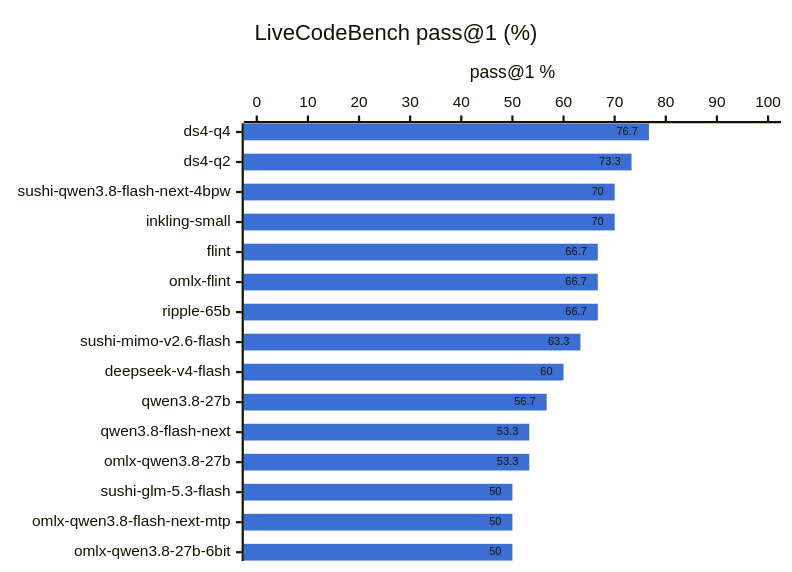
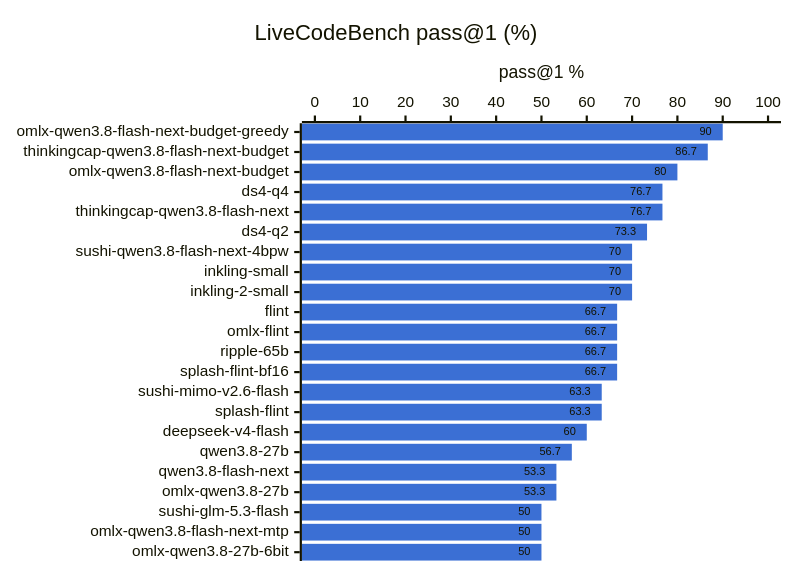
The first of 2 diagrams in RESULTS-mac.md (hofftodd/ai-bench), drawn with Mermaid before and after one commit. The commit also changed other lines of this file and 18 other files, not shown here.

````diff
--- a/RESULTS-mac.md
+++ b/RESULTS-mac.md
@@ -13,8 +24,8 @@
 ```mermaid
 %%{init: {"xyChart": {"showDataLabel": true}, "themeVariables": {"xyChart": {"plotColorPalette": "#3b6fd4"}}}}%%
 xychart-beta horizontal
     title "LiveCodeBench pass@1 (%)"
-    x-axis ["ds4-q4", "ds4-q2", "sushi-qwen3.8-flash-next-4bpw", "inkling-small", "flint", "omlx-flint", "ripple-65b", "sushi-mimo-v2.6-flash", "deepseek-v4-flash", "qwen3.8-27b", "qwen3.8-flash-next", "omlx-qwen3.8-27b", "sushi-glm-5.3-flash", "omlx-qwen3.8-flash-next-mtp", "omlx-qwen3.8-27b-6bit"]
+    x-axis ["omlx-qwen3.8-flash-next-budget-greedy", "thinkingcap-qwen3.8-flash-next-budget", "omlx-qwen3.8-flash-next-budget", "ds4-q4", "thinkingcap-qwen3.8-flash-next", "ds4-q2", "sushi-qwen3.8-flash-next-4bpw", "inkling-small", "inkling-2-small", "flint", "omlx-flint", "ripple-65b", "splash-flint-bf16", "sushi-mimo-v2.6-flash", "splash-flint", "deepseek-v4-flash", "qwen3.8-27b", "qwen3.8-flash-next", "omlx-qwen3.8-27b", "sushi-glm-5.3-flash", "omlx-qwen3.8-flash-next-mtp", "omlx-qwen3.8-27b-6bit"]
     y-axis "pass@1 %" 0 --> 100
-    bar [76.7, 73.3, 70.0, 70.0, 66.7, 66.7, 66.7, 63.3, 60.0, 56.7, 53.3, 53.3, 50.0, 50.0, 50.0]
+    bar [90.0, 86.7, 80.0, 76.7, 76.7, 73.3, 70.0, 70.0, 70.0, 66.7, 66.7, 66.7, 66.7, 63.3, 63.3, 60.0, 56.7, 53.3, 53.3, 50.0, 50.0, 50.0]
 ```
````
